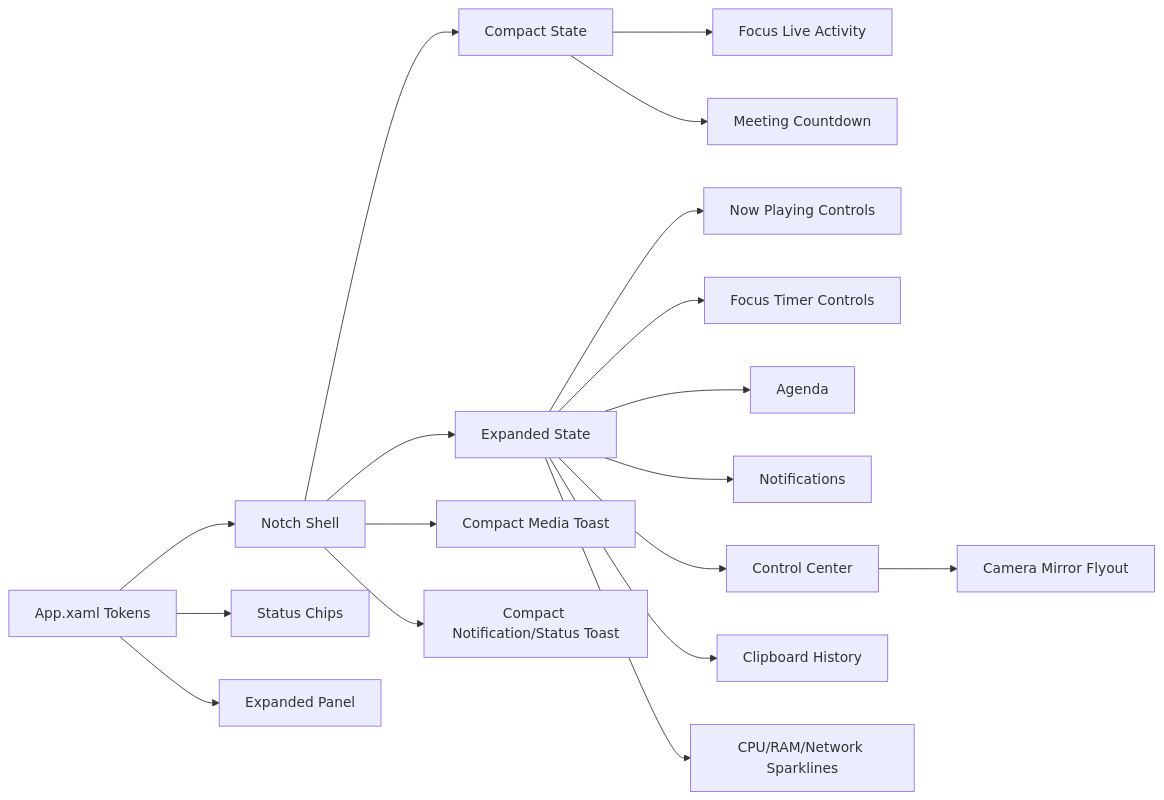
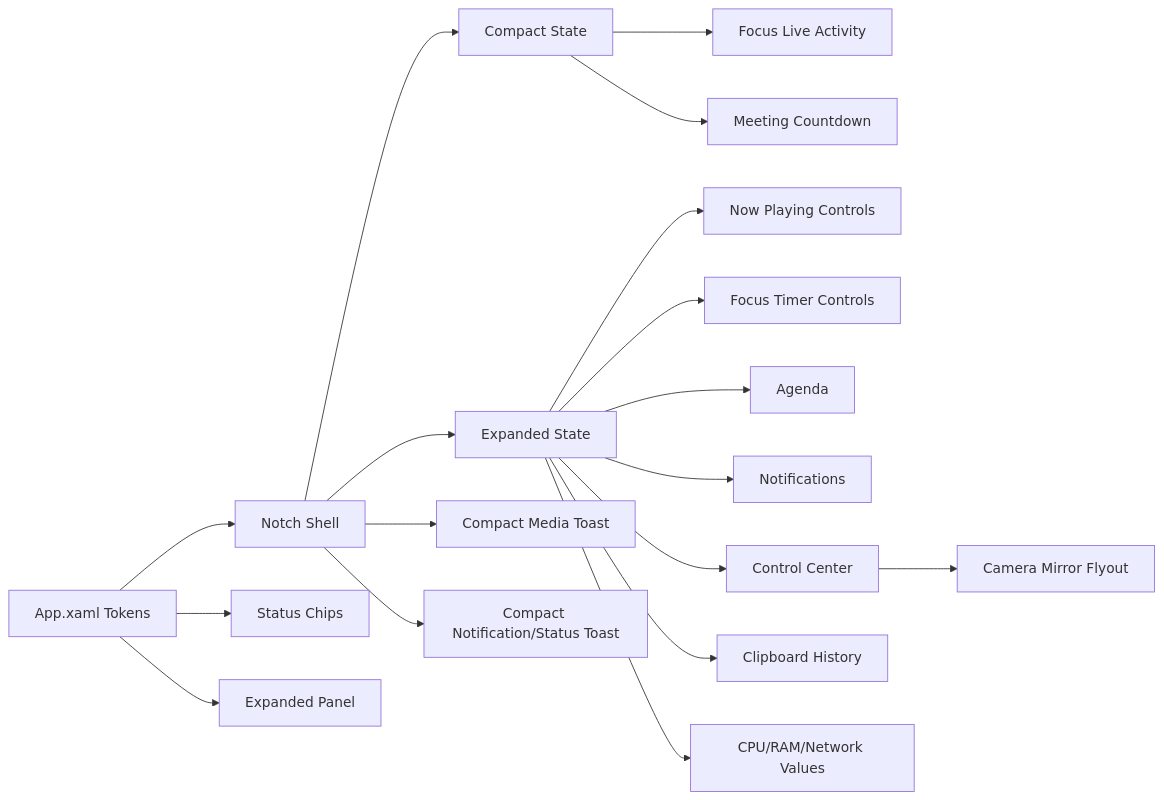
Before and after one commit to mjmajlesi/winotch: the second of 2 diagrams in docs/architecture.md, drawn with Mermaid. The commit also changed other lines of this file and 1 other file, not shown here.

Commit message:
docs: remove stale stats wording

````diff
--- a/docs/architecture.md
+++ b/docs/architecture.md
@@ -47,20 +47,20 @@
 ```mermaid
 flowchart LR
     Tokens["App.xaml Tokens"] --> Shell["Notch Shell"]
     Tokens --> Chips["Status Chips"]
     Tokens --> Panel["Expanded Panel"]
     Shell --> Compact["Compact State"]
     Shell --> Expanded["Expanded State"]
     Expanded --> Media["Now Playing Controls"]
     Expanded --> FocusPanel["Focus Timer Controls"]
     Expanded --> Agenda["Agenda"]
     Compact --> FocusLive["Focus Live Activity"]
     Compact --> CalendarLive["Meeting Countdown"]
     Shell --> MediaToast["Compact Media Toast"]
     Shell --> NotificationToast["Compact Notification/Status Toast"]
     Expanded --> Notifications["Notifications"]
     Expanded --> Controls["Control Center"]
     Expanded --> Clipboard["Clipboard History"]
-    Expanded --> Stats["CPU/RAM/Network Sparklines"]
+    Expanded --> Stats["CPU/RAM/Network Values"]
     Controls --> CameraMirror["Camera Mirror Flyout"]
 ```
````
